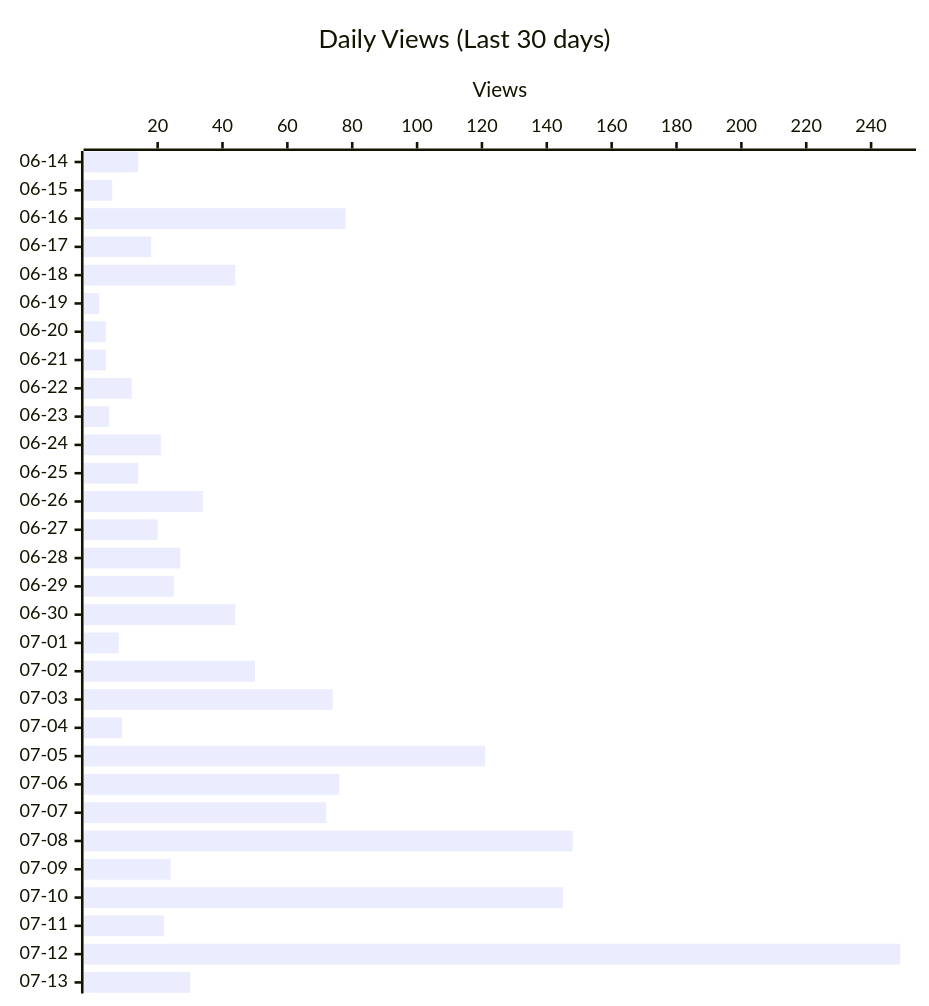
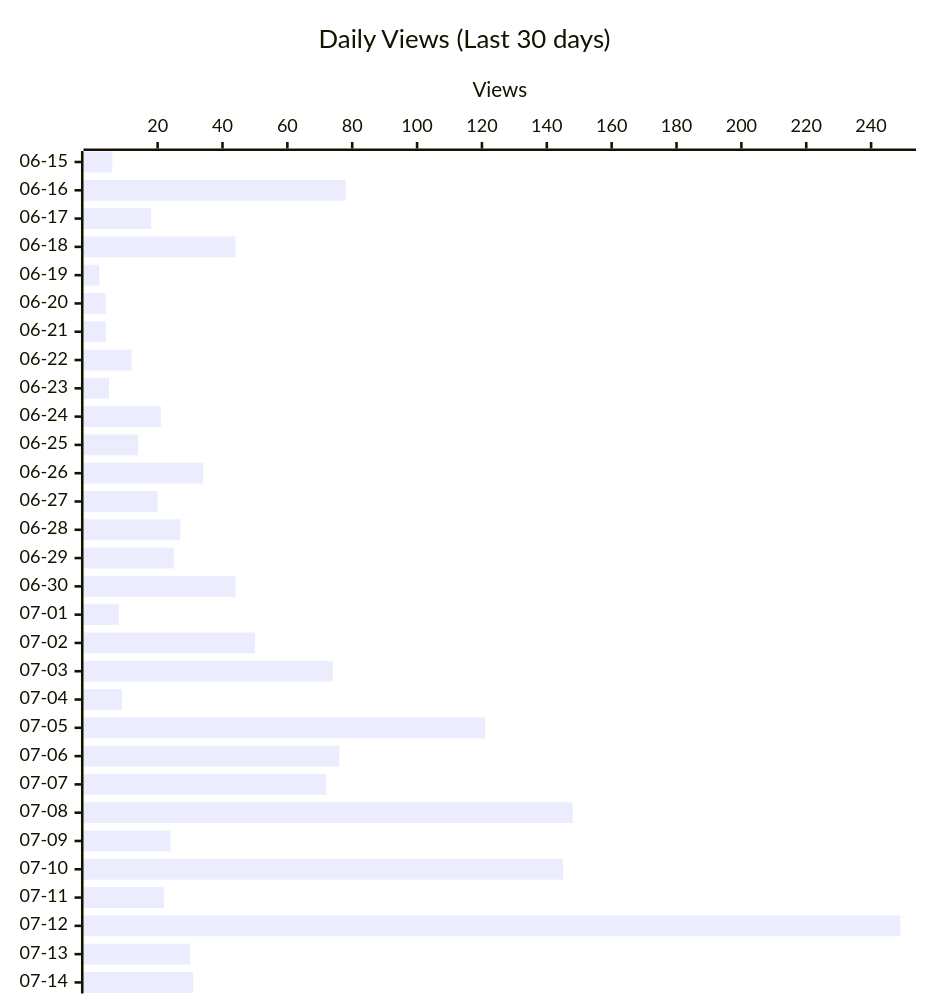
Before and after one commit to shigechika/github-insights: the second of 4 diagrams in README.md, drawn with Mermaid. The commit also changed other lines of this file and 2 other files, not shown here.

````diff
--- a/README.md
+++ b/README.md
@@ -28,12 +28,12 @@
 ```mermaid
 ---
 config:
   xyChart:
     height: 760
 ---
 xychart-beta horizontal
     title "Daily Views (Last 30 days)"
-    x-axis ["06-14", "06-15", "06-16", "06-17", "06-18", "06-19", "06-20", "06-21", "06-22", "06-23", "06-24", "06-25", "06-26", "06-27", "06-28", "06-29", "06-30", "07-01", "07-02", "07-03", "07-04", "07-05", "07-06", "07-07", "07-08", "07-09", "07-10", "07-11", "07-12", "07-13"]
+    x-axis ["06-15", "06-16", "06-17", "06-18", "06-19", "06-20", "06-21", "06-22", "06-23", "06-24", "06-25", "06-26", "06-27", "06-28", "06-29", "06-30", "07-01", "07-02", "07-03", "07-04", "07-05", "07-06", "07-07", "07-08", "07-09", "07-10", "07-11", "07-12", "07-13", "07-14"]
     y-axis "Views"
-    bar [14, 6, 78, 18, 44, 2, 4, 4, 12, 5, 21, 14, 34, 20, 27, 25, 44, 8, 50, 74, 9, 121, 76, 72, 148, 24, 145, 22, 249, 30]
+    bar [6, 78, 18, 44, 2, 4, 4, 12, 5, 21, 14, 34, 20, 27, 25, 44, 8, 50, 74, 9, 121, 76, 72, 148, 24, 145, 22, 249, 30, 31]
 ```
````
